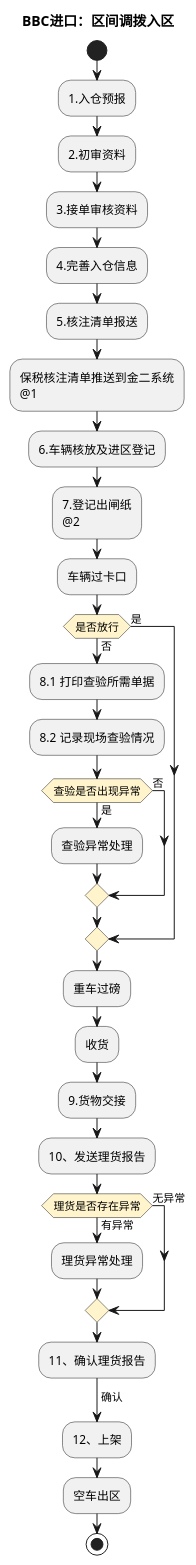
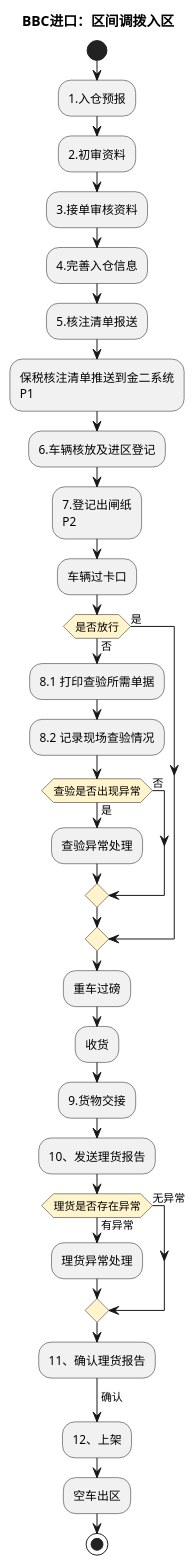
One commit to jack888332/projects-doc changed the second of 12 diagrams in product-caliber/goldjet/segmented-prd/mainflow/PRD.高捷物流系统一期.主流程.06.跨境电商BBC进口详细流程.md. Above: the diagram before and after it, drawn with PlantUML. The commit also changed other lines of this file and 18 other files, not shown here.

Commit message:
优化DSL图细节

````diff
--- a/product-caliber/goldjet/segmented-prd/mainflow/PRD.高捷物流系统一期.主流程.06.跨境电商BBC进口详细流程.md
+++ b/product-caliber/goldjet/segmented-prd/mainflow/PRD.高捷物流系统一期.主流程.06.跨境电商BBC进口详细流程.md
@@ -58,38 +58,38 @@
 ```plantuml
 @startuml
 skinparam activityDiamondBackgroundColor #FFF4CC
 title BBC进口：区间调拨入区
 start
 :1.入仓预报;
 :2.初审资料;
 :3.接单审核资料;
 :4.完善入仓信息;
 :5.核注清单报送;
-:保税核注清单推送到金二系统\n@1;
+:保税核注清单推送到金二系统\nP1;
 :6.车辆核放及进区登记;
-:7.登记出闸纸\n@2;
+:7.登记出闸纸\nP2;
 :车辆过卡口;
 if (是否放行) then (是)
 else (否)
   :8.1 打印查验所需单据;
   :8.2 记录现场查验情况;
   if (查验是否出现异常) then (是)
     :查验异常处理;
   else (否)
   endif
 endif
 :重车过磅;
 :收货;
 :9.货物交接;
 :10、发送理货报告;
 if (理货是否存在异常) then (有异常)
   :理货异常处理;
 else (无异常)
 endif
 :11、确认理货报告;
 -> 确认;
 :12、上架;
 :空车出区;
 stop
 @enduml
 ```
````
